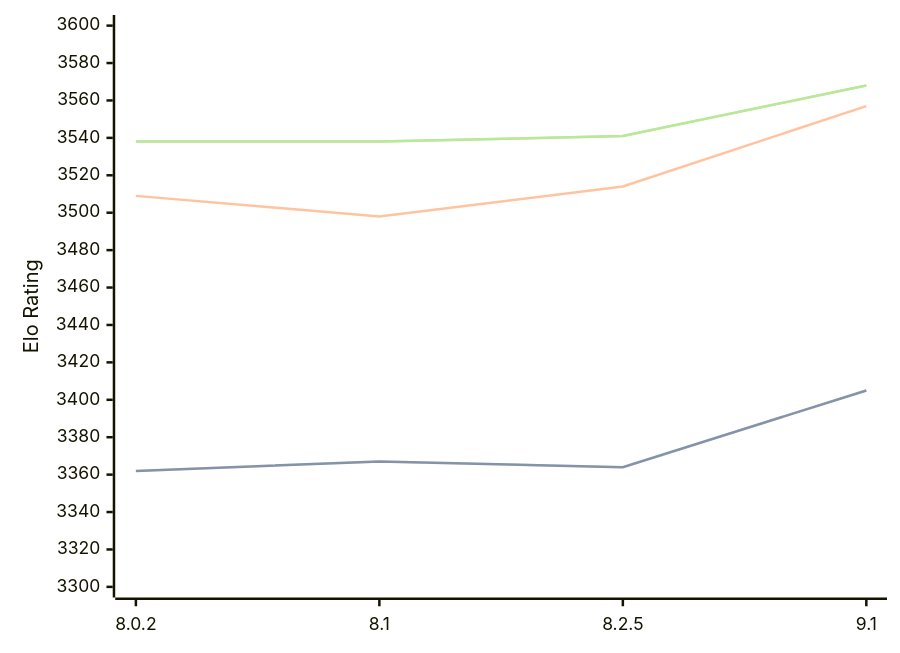
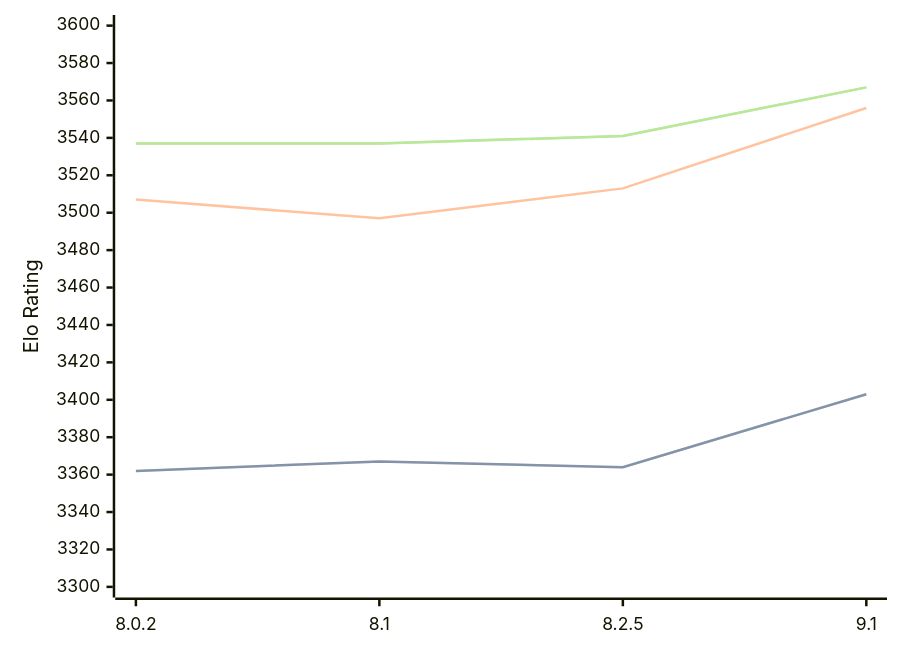
One commit to computer-chess-index/cci changed the diagram in engines/Clover.md. Above: the diagram before and after it, drawn with Mermaid. The commit also changed other lines of this file, not shown here.

Commit message:
Update CCI Ratings (ELO VLTC) - 2026-03-22

````diff
--- a/engines/Clover.md
+++ b/engines/Clover.md
@@ -64,11 +64,11 @@
 ```mermaid
 %%{init: {"theme":"base","themeVariables":{"seriesColors:['#a3a3a3','#222221','#faa371']}}}%%
 xychart-beta
   x-axis ["8.0.2", "8.1", "8.2.5", "9.1"]
   y-axis "Elo Rating" 3300 --> 3600
-  line "STC (8.0+0.08s)" [3362, 3367, 3364, 3405]
-  line "STC (8.0+0.08s)" [3362, 3367, 3364, 3405]
-  line "LTC (60.0+0.60s)" [3509, 3498, 3514, 3557]
-  line "VLTC (2m24s+1.12s)" [3538, 3538, 3541, 3568]
-  line "VLTC (2m24s+1.12s)" [3538, 3538, 3541, 3568]
+  line "STC (8.0+0.08s)" [3362, 3367, 3364, 3403]
+  line "STC (8.0+0.08s)" [3362, 3367, 3364, 3403]
+  line "LTC (60.0+0.60s)" [3507, 3497, 3513, 3556]
+  line "VLTC (2m24s+1.12s)" [3537, 3537, 3541, 3567]
+  line "VLTC (2m24s+1.12s)" [3537, 3537, 3541, 3567]
 ```
````
